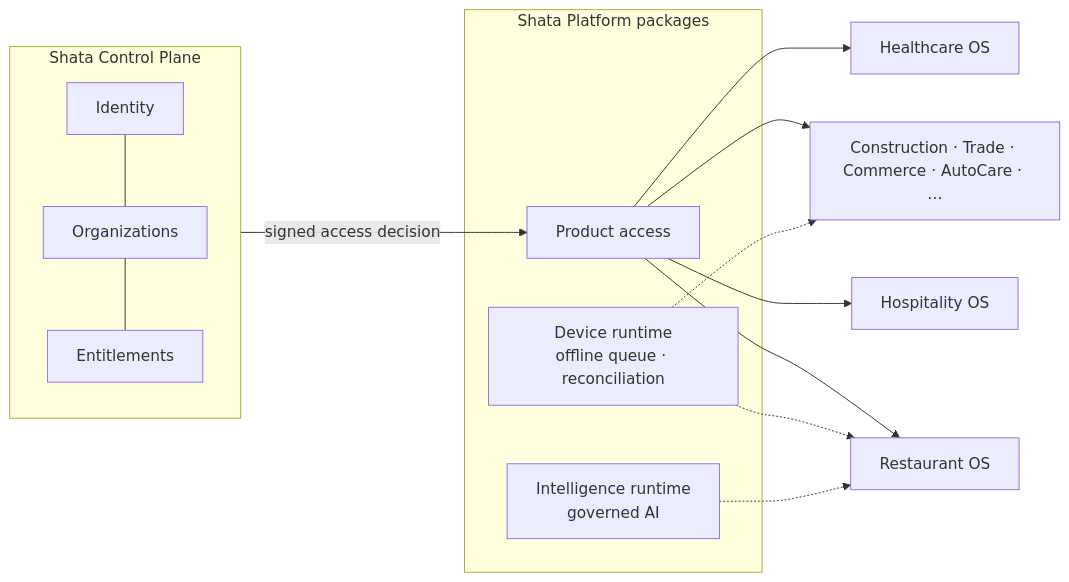
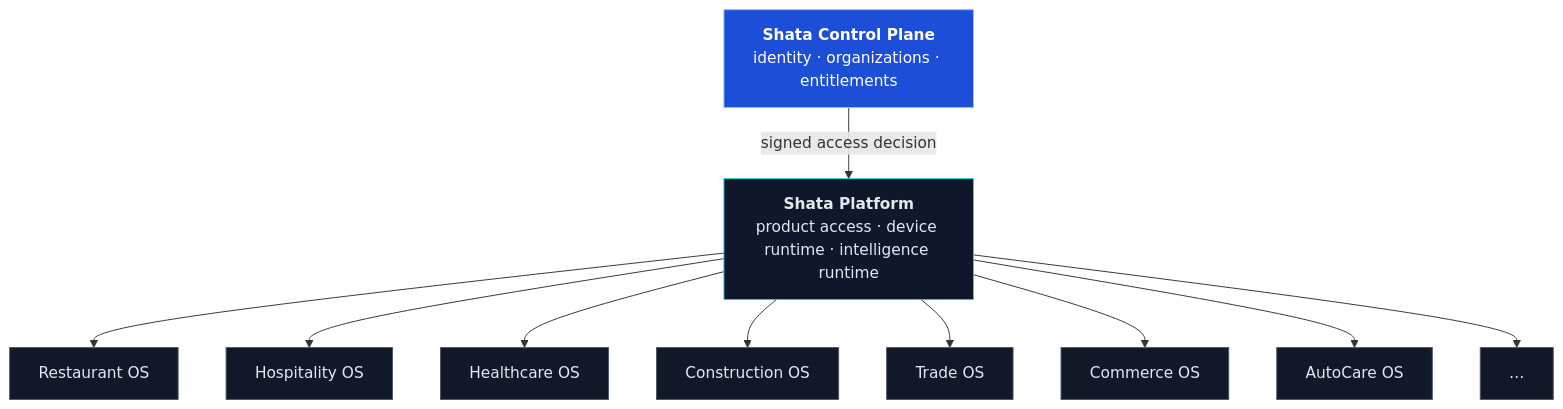
One commit to shata-solutions/.github changed the diagram in profile/README.md. Above: the diagram before and after it, drawn with Mermaid. The commit also changed other lines of this file, not shown here.

Commit message:
docs(profile): clearer architecture diagram, keep product names on one line

````diff
--- a/profile/README.md
+++ b/profile/README.md
@@ -102,19 +102,14 @@
 ```mermaid
-flowchart LR
-  subgraph CP["Shata Control Plane"]
-    ID["Identity"] --- ORG["Organizations"] --- ENT["Entitlements"]
-  end
-  subgraph PL["Shata Platform packages"]
-    PA["Product access"]
-    DR["Device runtime<br/>offline queue · reconciliation"]
-    IR["Intelligence runtime<br/>governed AI"]
-  end
-  CP -- "signed access decision" --> PA
-  PA --> P1["Restaurant OS"]
-  PA --> P2["Hospitality OS"]
-  PA --> P3["Healthcare OS"]
-  PA --> P4["Construction · Trade · Commerce · AutoCare · …"]
-  DR -.-> P1
-  DR -.-> P4
-  IR -.-> P1
+flowchart TB
+  CP["<b>Shata Control Plane</b><br/>identity · organizations · entitlements"]
+  PL["<b>Shata Platform</b><br/>product access · device runtime · intelligence runtime"]
+  CP -- "signed access decision" --> PL
+  PL --> R["Restaurant OS"] & H["Hospitality OS"] & HC["Healthcare OS"] & C["Construction OS"]
+  PL --> T["Trade OS"] & M["Commerce OS"] & A["AutoCare OS"] & E["…"]
+  classDef core fill:#1D4ED8,stroke:#93C5FD,color:#FFFFFF
+  classDef plat fill:#0F172A,stroke:#22D3EE,color:#E2E8F0
+  classDef prod fill:#111827,stroke:#475569,color:#E2E8F0
+  class CP core
+  class PL plat
+  class R,H,HC,C,T,M,A,E prod
 ```
````
